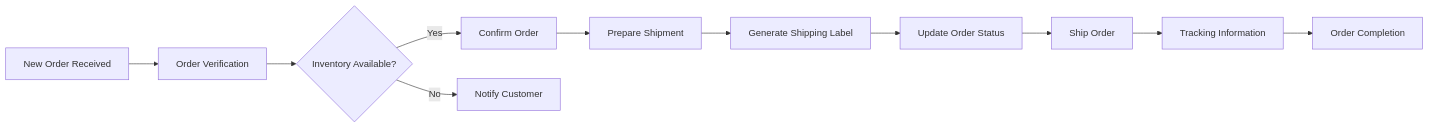
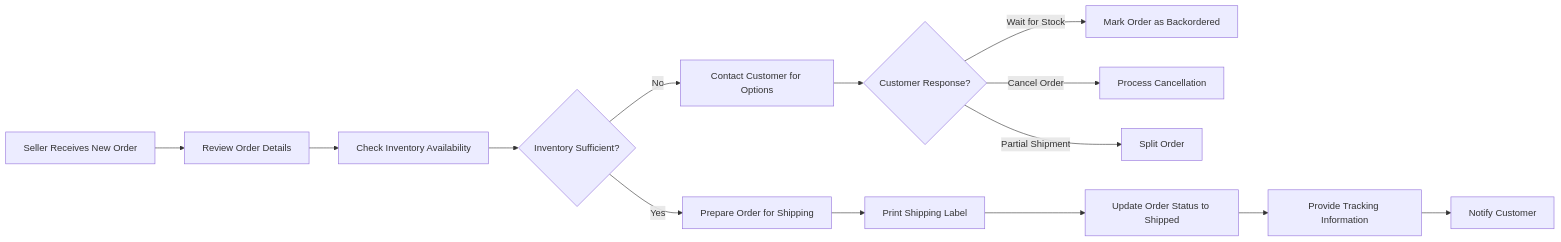
The third of 3 diagrams in deepseek/deepseek-v3.1-terminus-exacto/shopping/docs/analysis/06-seller-management.md (wrtnlabs/autobe-examples), drawn with Mermaid before and after one commit. The commit also changed other lines of this file and 22498 other files, not shown here.

````diff
--- a/deepseek/deepseek-v3.1-terminus-exacto/shopping/docs/analysis/06-seller-management.md
+++ b/deepseek/deepseek-v3.1-terminus-exacto/shopping/docs/analysis/06-seller-management.md
@@ -114,13 +124,16 @@
 ```mermaid
 graph LR
-  A["New Order Received"] --> B["Order Verification"]
-  B --> C{"Inventory Available?"}
-  C -->|"Yes"| D["Confirm Order"]
-  C -->|"No"| E["Notify Customer"]
-  D --> F["Prepare Shipment"]
-  F --> G["Generate Shipping Label"]
-  G --> H["Update Order Status"]
-  H --> I["Ship Order"]
-  I --> J["Tracking Information"]
-  J --> K["Order Completion"]
+  A["Seller Receives New Order"] --> B["Review Order Details"]
+  B --> C["Check Inventory Availability"]
+  C --> D{"Inventory Sufficient?"}
+  D -->|"Yes"| E["Prepare Order for Shipping"]
+  D -->|"No"| F["Contact Customer for Options"]
+  F --> G{"Customer Response?"}
+  G -->|"Wait for Stock"| H["Mark Order as Backordered"]
+  G -->|"Cancel Order"| I["Process Cancellation"]
+  G -->|"Partial Shipment"| J["Split Order"]
+  E --> K["Print Shipping Label"]
+  K --> L["Update Order Status to Shipped"]
+  L --> M["Provide Tracking Information"]
+  M --> N["Notify Customer"]
 ```
````
